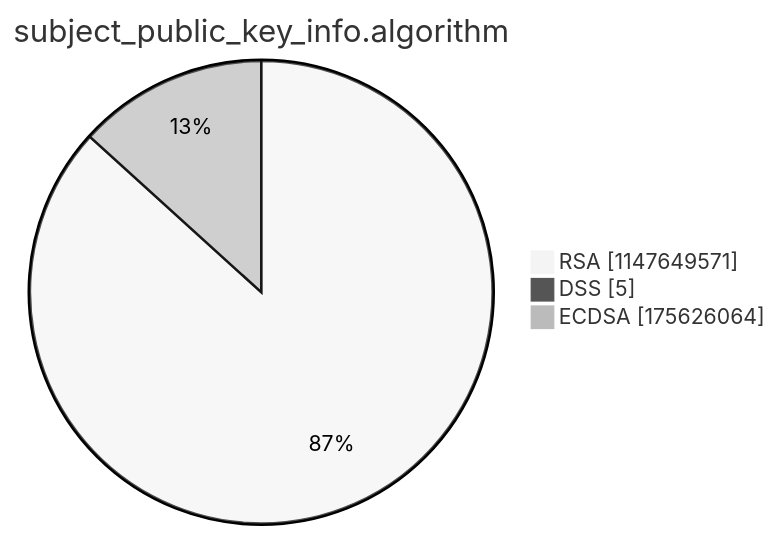
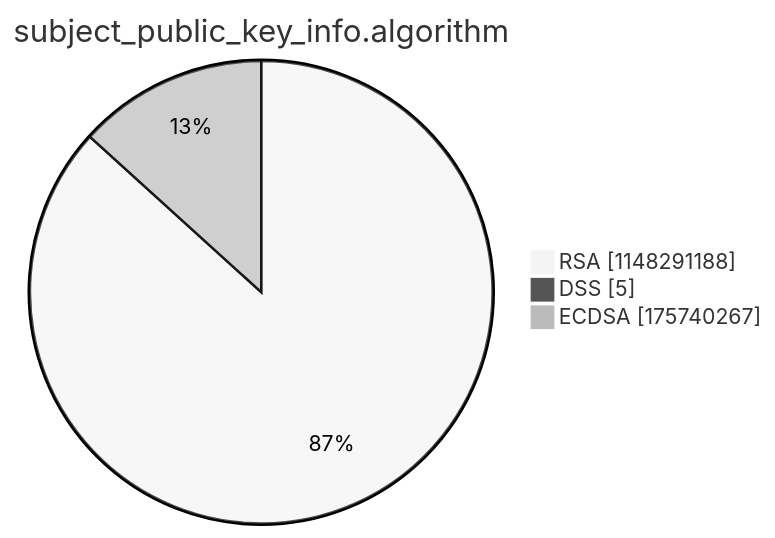
Before and after one commit to christiankrug/ctmonitor_visualization: the third of 15 diagrams in argon2022/README.md, drawn with Mermaid (neutral theme). The commit also changed other lines of this file, not shown here.

````diff
--- a/argon2022/README.md
+++ b/argon2022/README.md
@@ -14,7 +14,7 @@
 ```mermaid
 pie showData
 title subject_public_key_info.algorithm
-"RSA" :1147649571
+"RSA" :1148291188
 "DSS" :5
-"ECDSA" :175626064
+"ECDSA" :175740267
 ```
````
